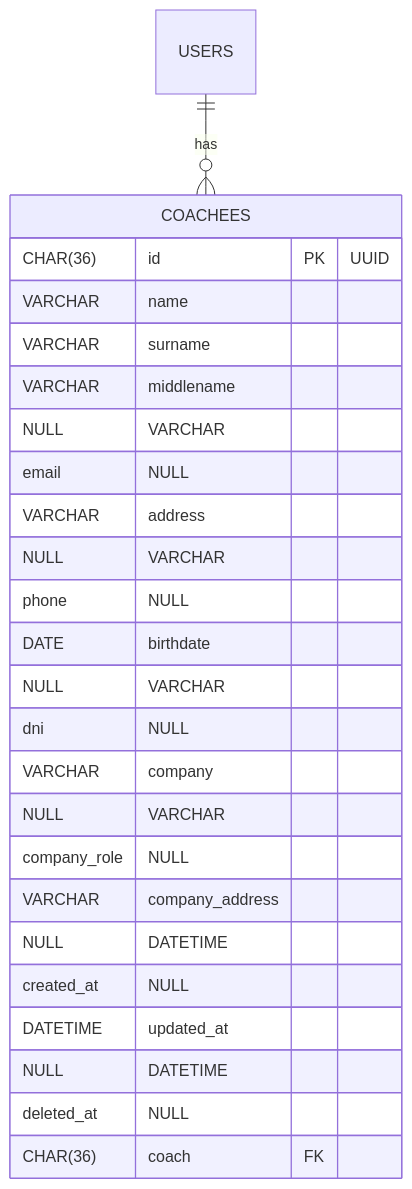
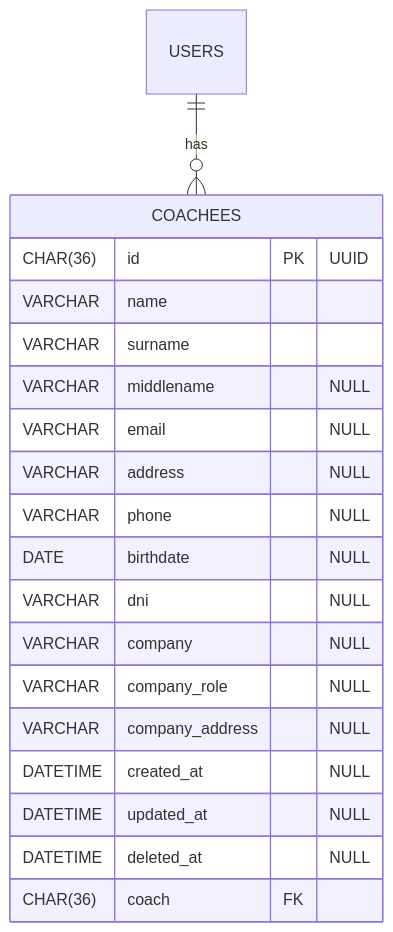
One commit to soyjuandelgado/coach-assistant changed the third of 4 diagrams in README.md. Above: the diagram before and after it, drawn with Mermaid. The commit also changed other lines of this file, not shown here.

Commit message:
docs: added process BD diagram and fixed NULL errors. Close #60

````diff
--- a/README.md
+++ b/README.md
@@ -141,23 +141,23 @@
 ```mermaid
 erDiagram
   COACHEES {
     CHAR(36) id PK "UUID"
     VARCHAR name 
     VARCHAR surname 
-    VARCHAR middlename NULL 
-    VARCHAR email NULL 
-    VARCHAR address NULL 
-    VARCHAR phone NULL 
-    DATE birthdate NULL
-    VARCHAR dni NULL 
-    VARCHAR company NULL 
-    VARCHAR company_role NULL 
-    VARCHAR company_address NULL 
-    DATETIME created_at NULL
-    DATETIME updated_at NULL
-    DATETIME deleted_at NULL
+    VARCHAR middlename "NULL" 
+    VARCHAR email "NULL" 
+    VARCHAR address "NULL" 
+    VARCHAR phone "NULL" 
+    DATE birthdate "NULL"
+    VARCHAR dni "NULL" 
+    VARCHAR company "NULL" 
+    VARCHAR company_role "NULL" 
+    VARCHAR company_address "NULL" 
+    DATETIME created_at "NULL"
+    DATETIME updated_at "NULL"
+    DATETIME deleted_at "NULL"
     CHAR(36) coach FK
   }
 
 USERS ||--o{ COACHEES : has
 ```
````
